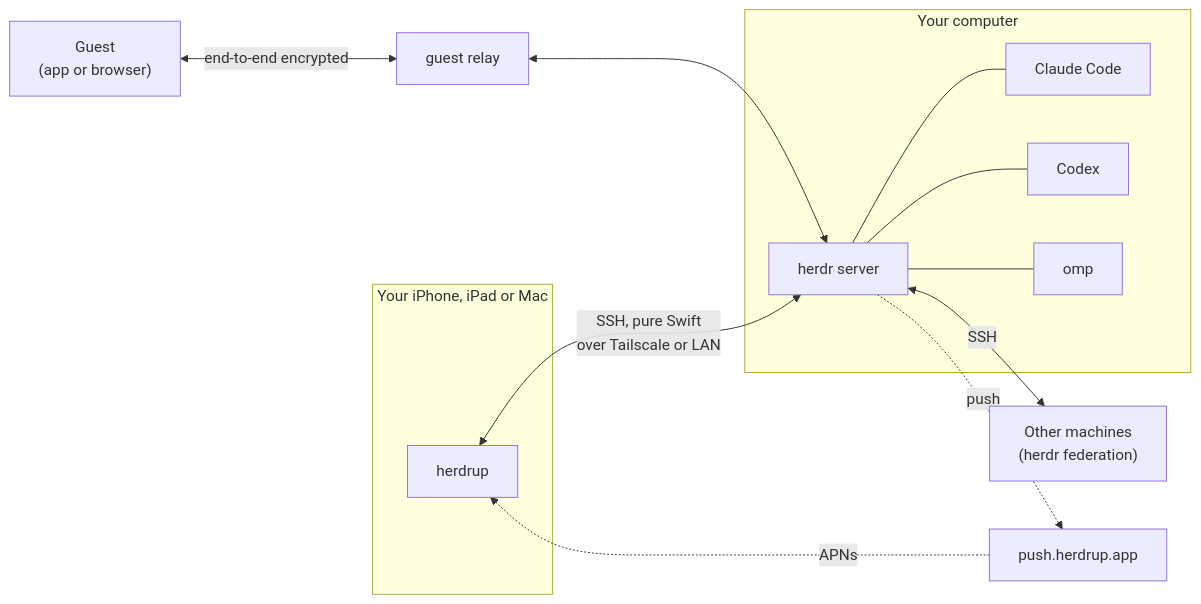
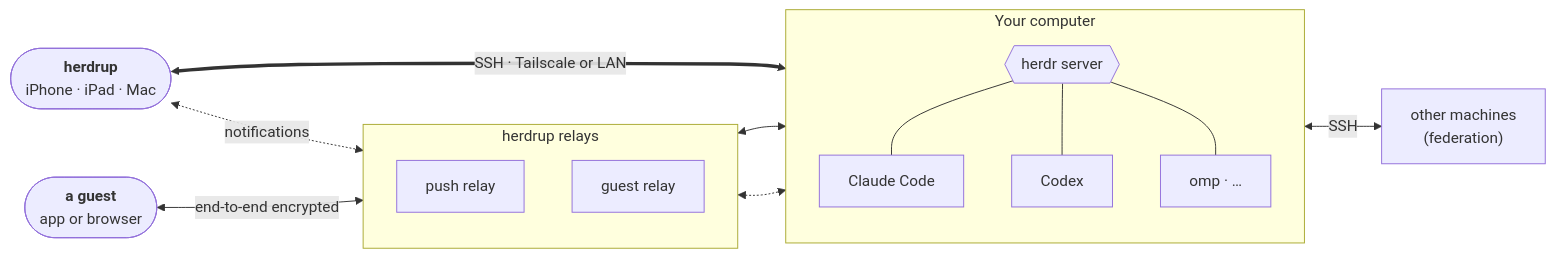
One commit to themartianapp/herdrup changed the diagram in README.md. Above: the diagram before and after it, drawn with Mermaid.

Commit message:
docs(readme): a cleaner how-it-works diagram

````diff
--- a/README.md
+++ b/README.md
@@ -133,22 +133,20 @@
 ```mermaid
 flowchart LR
-    subgraph pocket["Your iPhone, iPad or Mac"]
-        app["herdrup"]
+    app(["<b>herdrup</b><br/>iPhone · iPad · Mac"])
+    guest(["<b>a guest</b><br/>app or browser"])
+    subgraph relays["herdrup relays"]
+        direction TB
+        push["push relay"]
+        relay["guest relay"]
     end
     subgraph machine["Your computer"]
-        herdr["herdr server"]
-        a1["Claude Code"]
-        a2["Codex"]
-        a3["omp"]
-        herdr --- a1
-        herdr --- a2
-        herdr --- a3
+        direction TB
+        herdr{{"herdr server"}}
+        a1["Claude Code"] & a2["Codex"] & a3["omp · …"]
     end
-    other["Other machines<br/>(herdr federation)"]
-    app <-->|"SSH, pure Swift<br/>over Tailscale or LAN"| herdr
-    herdr <-->|"SSH"| other
-    herdr -.->|"push"| push["push.herdrup.app"]
-    push -.->|"APNs"| app
-    guest["Guest<br/>(app or browser)"] <-->|"end-to-end encrypted"| relay["guest relay"]
-    relay <--> herdr
+    app <== "SSH · Tailscale or LAN" ==> herdr
+    guest <-- "end-to-end encrypted" --> relay <--> herdr
+    app <-. "notifications" .-> push <-.-> herdr
+    herdr --- a1 & a2 & a3
+    herdr <-- "SSH" --> other["other machines<br/>(federation)"]
 ```
````
